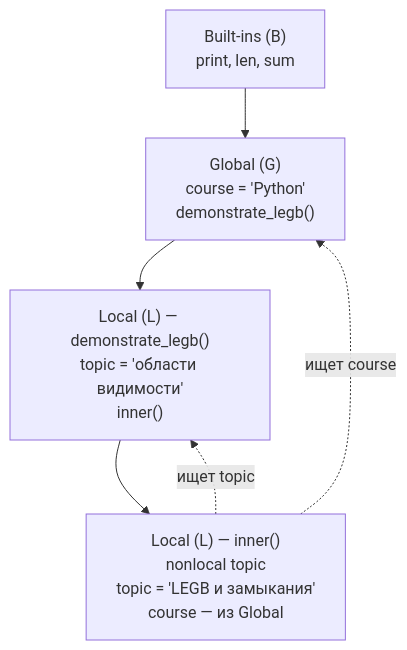
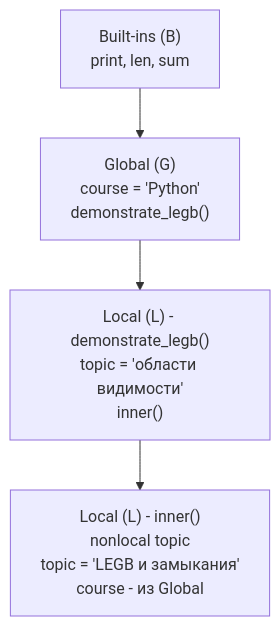
One commit to dawwwr/Osnovi-programmirovania changed the diagram in LAB3/REPORT.md. Above: the diagram before and after it, drawn with Mermaid.

````diff
--- a/LAB3/REPORT.md
+++ b/LAB3/REPORT.md
@@ -710,14 +710,11 @@
 ```mermaid
 flowchart TD
     B["Built-ins (B)<br>print, len, sum"]
     G["Global (G)<br>course = 'Python'<br>demonstrate_legb()"]
-    L1["Local (L) — demonstrate_legb()<br>topic = 'области видимости'<br>inner()"]
-    L2["Local (L) — inner()<br>nonlocal topic<br>topic = 'LEGB и замыкания'<br>course — из Global"]
+    L1["Local (L) - demonstrate_legb()<br>topic = 'области видимости'<br>inner()"]
+    L2["Local (L) - inner()<br>nonlocal topic<br>topic = 'LEGB и замыкания'<br>course - из Global"]
 
     B --> G
     G --> L1
     L1 --> L2
-
-    L2 -.->|"ищет topic"| L1
-    L2 -.->|"ищет course"| G
 ```
````
